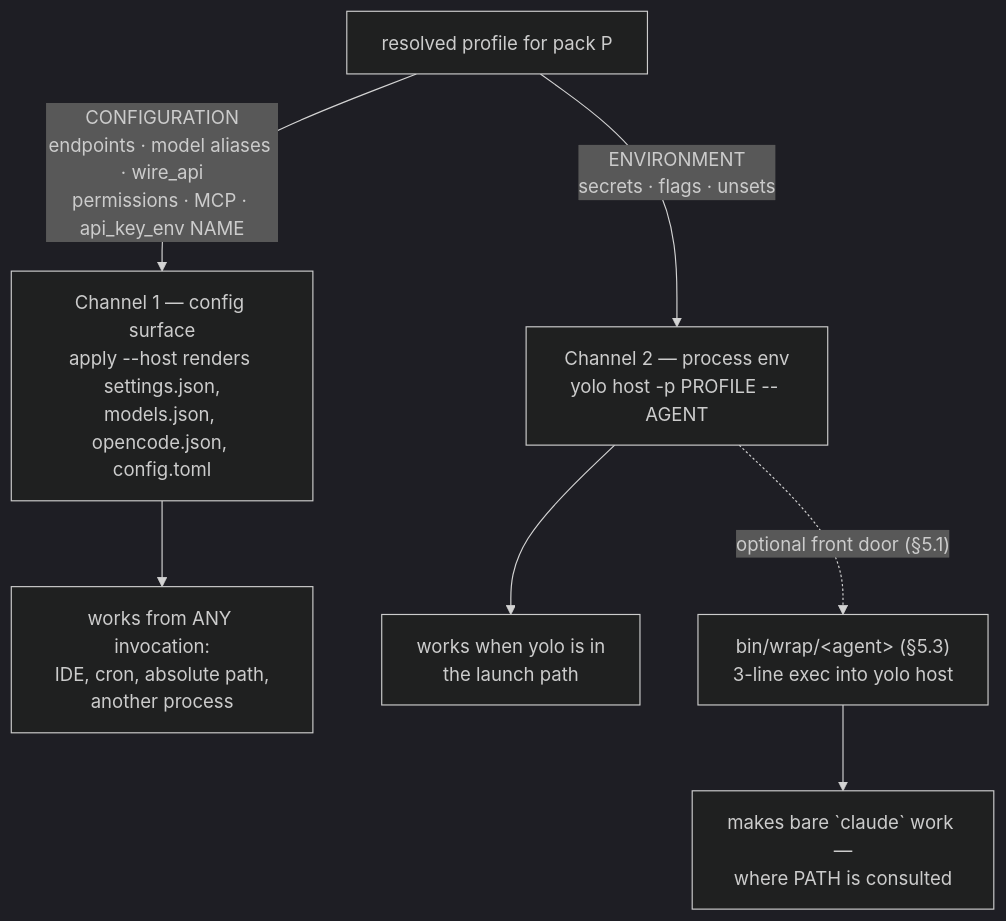
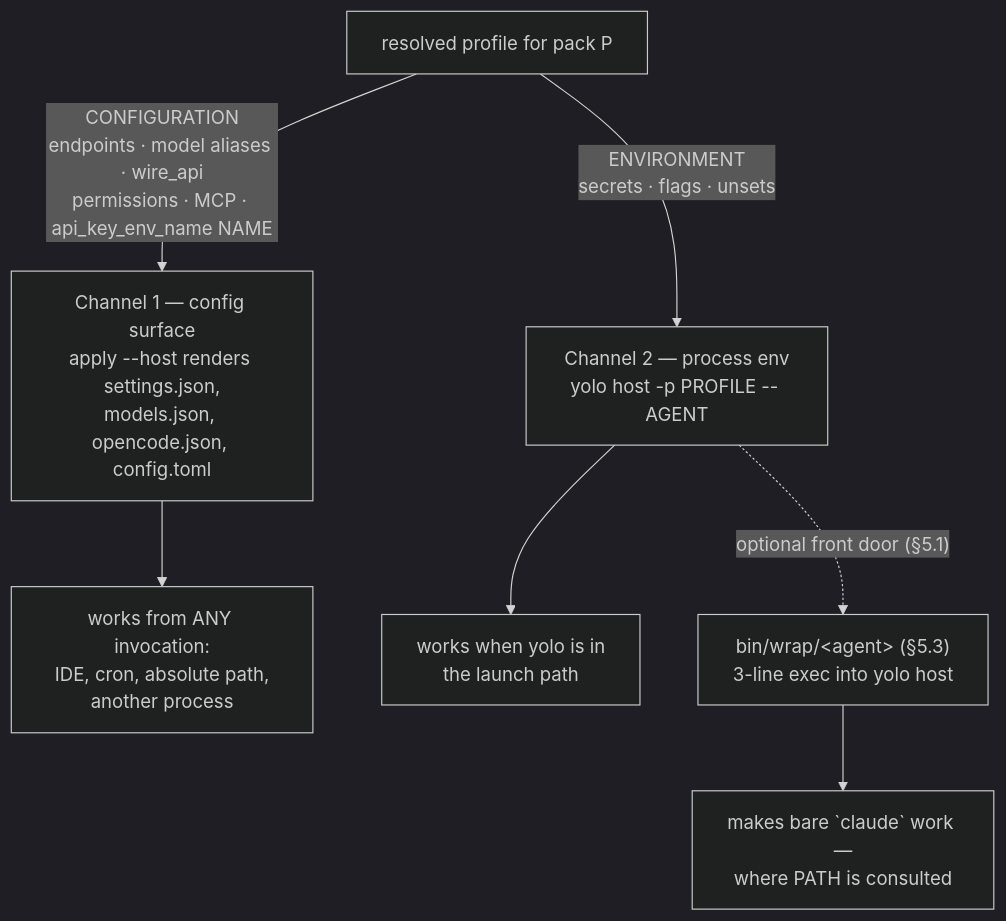
One commit to mschulkind-oss/yolo-jail changed the third of 3 diagrams in docs/design/host-agent-environment.md. Above: the diagram before and after it, drawn with Mermaid (dark theme). The commit also changed other lines of this file and 15 other files, not shown here.

First line of the commit message:
feat(config)!: the credential pointer is api_key_env_name

````diff
--- a/docs/design/host-agent-environment.md
+++ b/docs/design/host-agent-environment.md
@@ -364,13 +364,13 @@
 ```mermaid
 flowchart TD
     PROF["resolved profile for pack P"]
 
-    PROF -->|"CONFIGURATION<br/>endpoints · model aliases · wire_api<br/>permissions · MCP · api_key_env NAME"| C["Channel 1 — config surface<br/>apply --host renders settings.json,<br/>models.json, opencode.json, config.toml"]
+    PROF -->|"CONFIGURATION<br/>endpoints · model aliases · wire_api<br/>permissions · MCP · api_key_env_name NAME"| C["Channel 1 — config surface<br/>apply --host renders settings.json,<br/>models.json, opencode.json, config.toml"]
     PROF -->|"ENVIRONMENT<br/>secrets · flags · unsets"| E["Channel 2 — process env<br/>yolo host -p PROFILE -- AGENT"]
 
     C --> CANY["works from ANY invocation:<br/>IDE, cron, absolute path,<br/>another process"]
     E --> EEXP["works when yolo is in<br/>the launch path"]
 
     E -.->|"optional front door (§5.1)"| W["bin/wrap/&lt;agent&gt; (§5.3)<br/>3-line exec into yolo host"]
     W --> WPATH["makes bare `claude` work —<br/>where PATH is consulted"]
 ```
````
